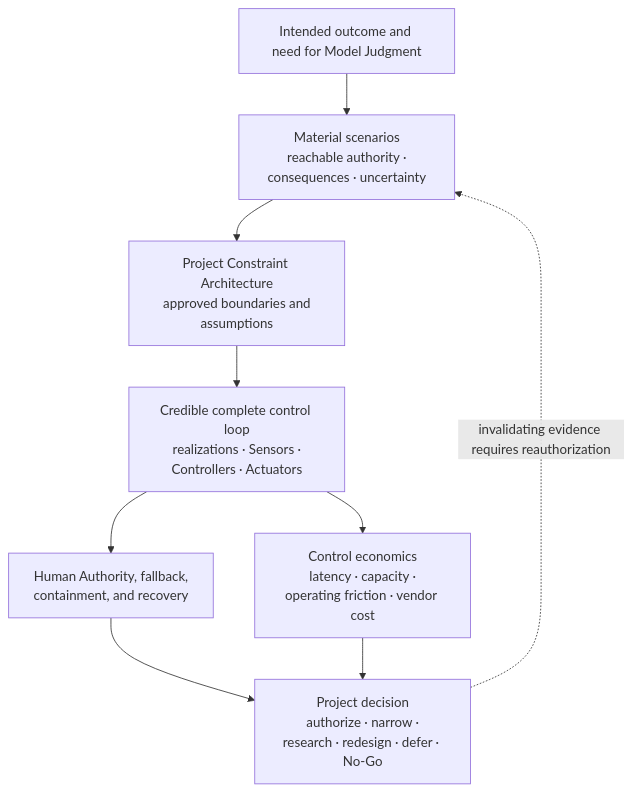
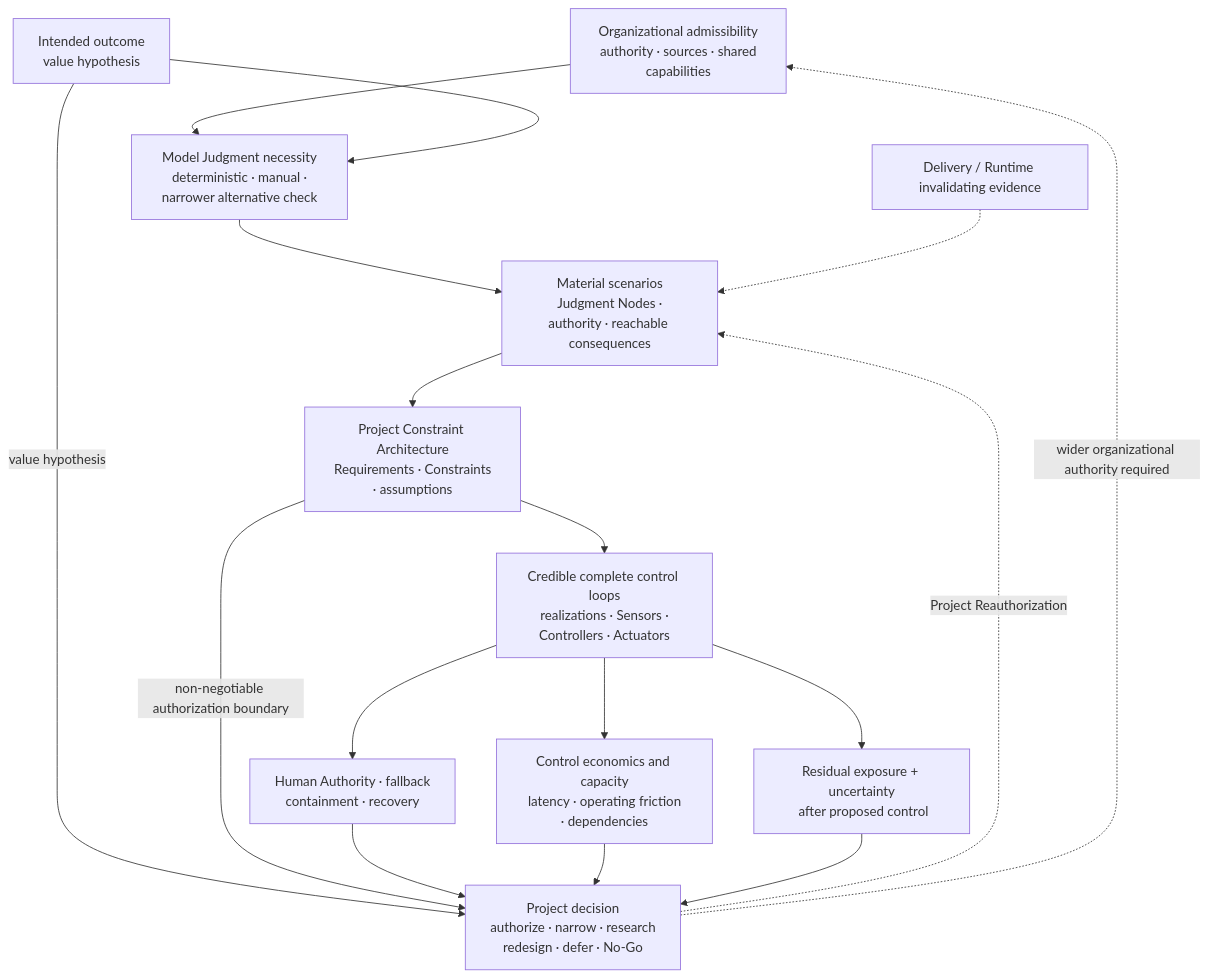
One commit to UncertaintyArchitectureGroup/uncertainty-architecture changed diagram 11 of 15 in content/research/notes/open-engineering-specification-article-draft.md. Above: the diagram before and after it, drawn with Mermaid. The commit also changed other lines of this file and 1 other file, not shown here.

First line of the commit message:
docs(research): rewrite Section 4 operating map (#71)

````diff
--- a/content/research/notes/open-engineering-specification-article-draft.md
+++ b/content/research/notes/open-engineering-specification-article-draft.md
@@ -568,17 +615,24 @@
 ```mermaid
 flowchart TB
-    OUT["Intended outcome and need for Model Judgment"]
-    RISK["Material scenarios<br/> reachable authority · consequences · uncertainty"]
-    K["Project Constraint Architecture<br/> approved boundaries and assumptions"]
-    LOOP["Credible complete control loop<br/> realizations · Sensors · Controllers · Actuators"]
-    HUMAN["Human Authority, fallback,<br/> containment, and recovery"]
-    ECON["Control economics<br/> latency · capacity · operating friction · vendor cost"]
-    DEC["Project decision<br/> authorize · narrow · research · redesign · defer · No-Go"]
-
-    OUT --> RISK --> K --> LOOP
-    LOOP --> HUMAN
-    LOOP --> ECON
-    HUMAN --> DEC
-    ECON --> DEC
-    DEC -. invalidating evidence requires reauthorization .-> RISK
+    ORG["Organizational admissibility<br/> authority · sources · shared capabilities"]
+    OUT["Intended outcome<br/> value hypothesis"]
+    NEED["Model Judgment necessity<br/> deterministic · manual · narrower alternative check"]
+    RISK["Material scenarios<br/> Judgment Nodes · authority · reachable consequences"]
+    K["Project Constraint Architecture<br/> Requirements · Constraints · assumptions"]
+    LOOP["Credible complete control loops<br/> realizations · Sensors · Controllers · Actuators"]
+    HUMAN["Human Authority · fallback<br/> containment · recovery"]
+    ECON["Control economics and capacity<br/> latency · operating friction · dependencies"]
+    RES["Residual exposure + uncertainty<br/> after proposed control"]
+    DEC["Project decision<br/> authorize · narrow · research<br/> redesign · defer · No-Go"]
+    RE["Delivery / Runtime invalidating evidence"]
+    ORG --> NEED
+    OUT --> NEED --> RISK --> K --> LOOP
+    OUT -->|value hypothesis| DEC
+    K -->|non-negotiable authorization boundary| DEC
+    LOOP --> HUMAN --> DEC
+    LOOP --> ECON --> DEC
+    LOOP --> RES --> DEC
+    RE -.-> RISK
+    DEC -. Project Reauthorization .-> RISK
+    DEC -.->|wider organizational authority required| ORG
 ```
````
